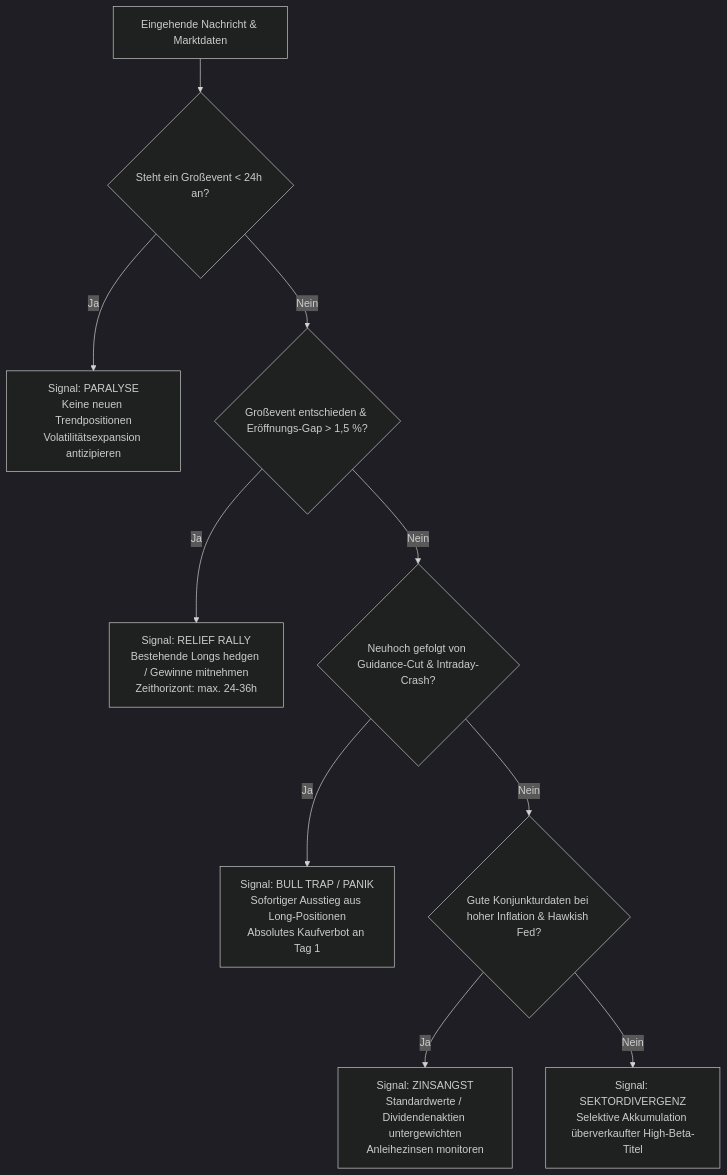
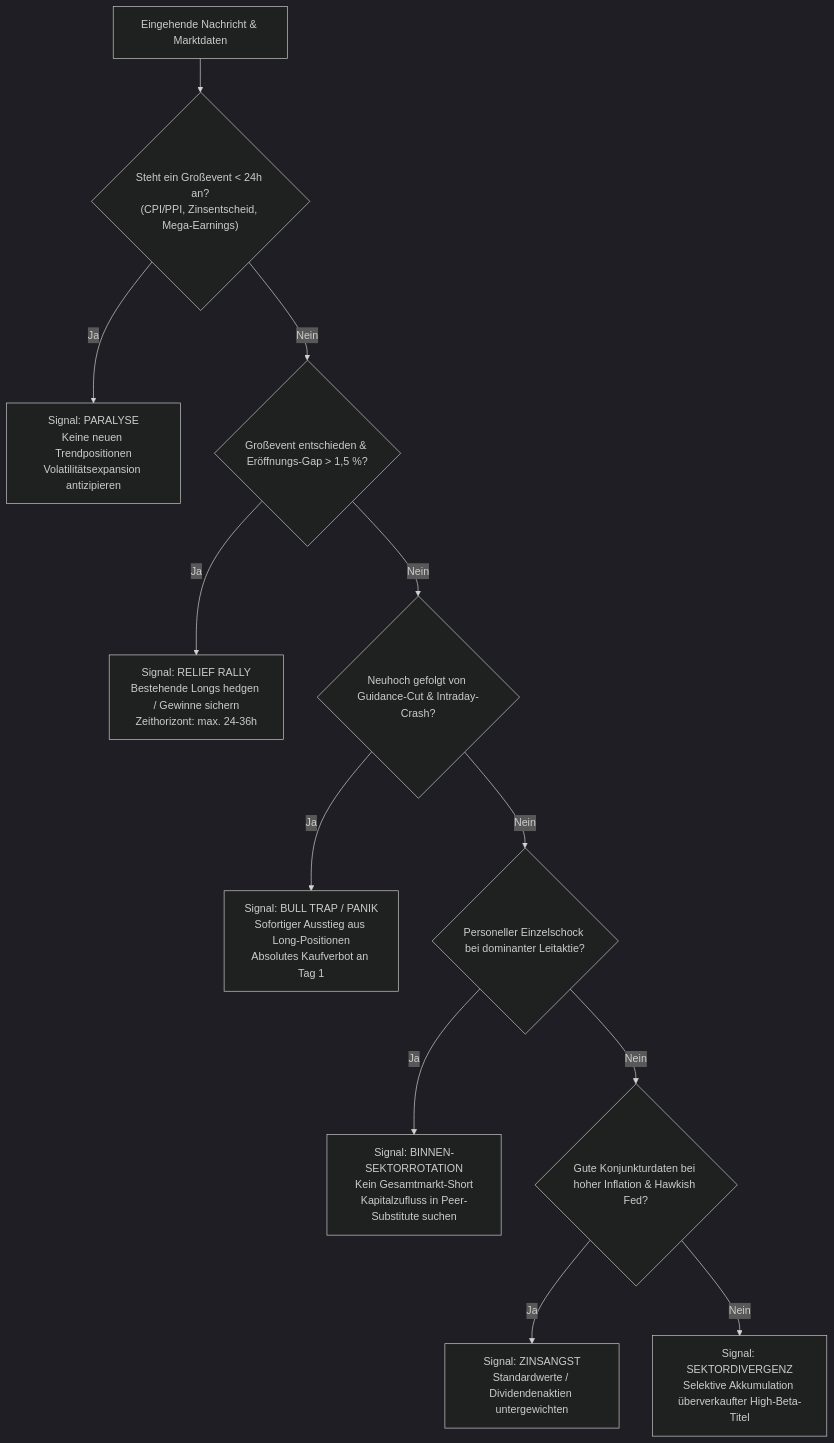
Before and after one commit to rhigazi/newscheck: the second of 2 diagrams in okf-regeln/synthese-verhaltensregeln.md, drawn with Mermaid (dark theme). The commit also changed other lines of this file and 11 other files, not shown here.

````diff
--- a/okf-regeln/synthese-verhaltensregeln.md
+++ b/okf-regeln/synthese-verhaltensregeln.md
@@ -65,15 +68,18 @@
 ```mermaid
 graph TD
-    Start["Eingehende Nachricht & Marktdaten"] --> Q1{"Steht ein Großevent < 24h an?"}
+    Start["Eingehende Nachricht & Marktdaten"] --> Q1{"Steht ein Großevent < 24h an?\n(CPI/PPI, Zinsentscheid, Mega-Earnings)"}
     Q1 -- Ja --> Action1["Signal: PARALYSE\nKeine neuen Trendpositionen\nVolatilitätsexpansion antizipieren"]
     Q1 -- Nein --> Q2{"Großevent entschieden & Eröffnungs-Gap > 1,5 %?"}
     
-    Q2 -- Ja --> Action2["Signal: RELIEF RALLY\nBestehende Longs hedgen / Gewinne mitnehmen\nZeithorizont: max. 24-36h"]
+    Q2 -- Ja --> Action2["Signal: RELIEF RALLY\nBestehende Longs hedgen / Gewinne sichern\nZeithorizont: max. 24-36h"]
     Q2 -- Nein --> Q3{"Neuhoch gefolgt von Guidance-Cut & Intraday-Crash?"}
     
     Q3 -- Ja --> Action3["Signal: BULL TRAP / PANIK\nSofortiger Ausstieg aus Long-Positionen\nAbsolutes Kaufverbot an Tag 1"]
-    Q3 -- Nein --> Q4{"Gute Konjunkturdaten bei hoher Inflation & Hawkish Fed?"}
+    Q3 -- Nein --> Q4{"Personeller Einzelschock bei dominanter Leitaktie?"}
     
-    Q4 -- Ja --> Action4["Signal: ZINSANGST\nStandardwerte / Dividendenaktien untergewichten\nAnleihezinsen monitoren"]
-    Q4 -- Nein --> Action5["Signal: SEKTORDIVERGENZ\nSelektive Akkumulation überverkaufter High-Beta-Titel"]
+    Q4 -- Ja --> Action4["Signal: BINNEN-SEKTORROTATION\nKein Gesamtmarkt-Short\nKapitalzufluss in Peer-Substitute suchen"]
+    Q4 -- Nein --> Q5{"Gute Konjunkturdaten bei hoher Inflation & Hawkish Fed?"}
+    
+    Q5 -- Ja --> Action5["Signal: ZINSANGST\nStandardwerte / Dividendenaktien untergewichten"]
+    Q5 -- Nein --> Action6["Signal: SEKTORDIVERGENZ\nSelektive Akkumulation überverkaufter High-Beta-Titel"]
 ```
````
